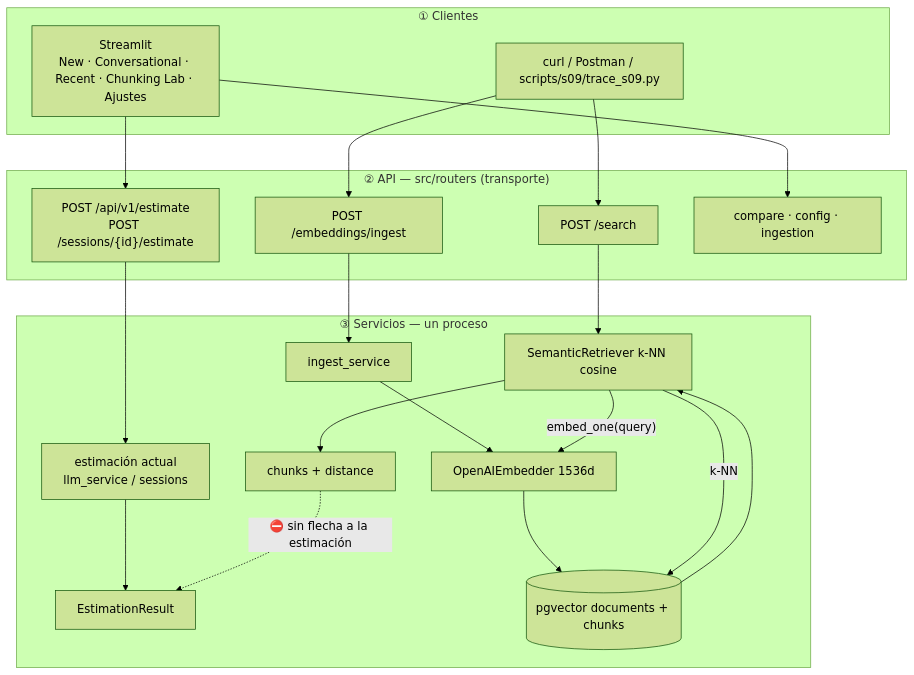
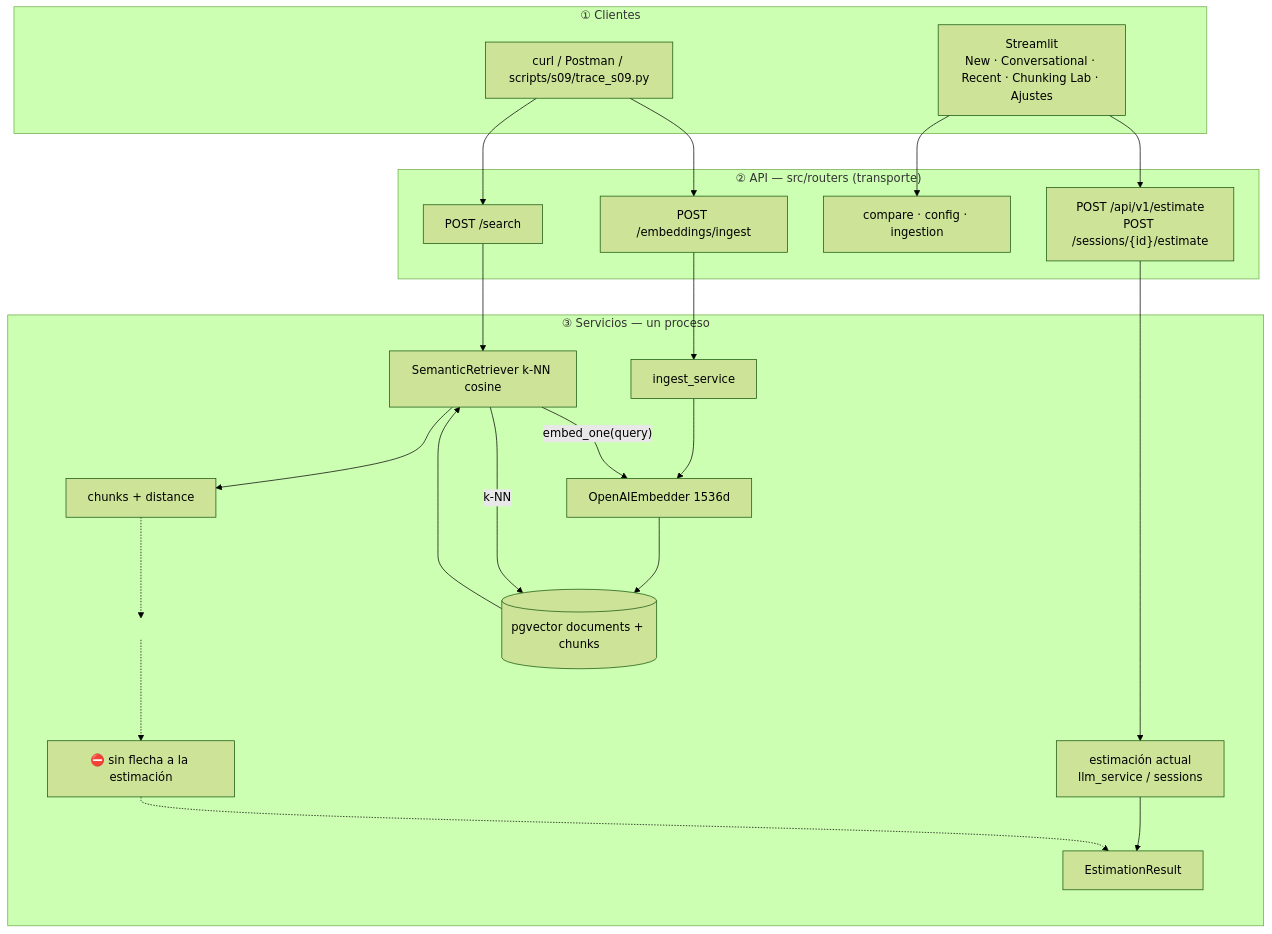
The diagram in estimador-cag/docs/pre_sesion9_plan.md (morales4dev/ai-engineering), drawn with Mermaid (forest theme) before and after one commit. The commit also changed other lines of this file and 1 other file, not shown here.

````diff
--- a/estimador-cag/docs/pre_sesion9_plan.md
+++ b/estimador-cag/docs/pre_sesion9_plan.md
@@ -53,35 +56,61 @@
 ```mermaid
 flowchart TB
     subgraph CLIENTS["① Clientes"]
+        ClientsW1["estimación actual · llm_service / sessions"]
+        ClientsW2["SemanticRetriever k-NN cosine"]
         UI["Streamlit<br/>New · Conversational · Recent · Chunking Lab · Ajustes"]
         HTTP["curl / Postman / scripts/s09/trace_s09.py"]
     end
 
     subgraph API["② API — src/routers (transporte)"]
         EpEst["POST /api/v1/estimate<br/>POST /sessions/{id}/estimate"]
-        EpSearch["POST /search"]
         EpIngest["POST /embeddings/ingest"]
         EpOther["compare · config · ingestion"]
+        EpSearch["POST /search"]
     end
 
     subgraph SVC["③ Servicios — un proceso"]
-        Est["estimación actual<br/>llm_service / sessions"]
-        Result["EstimationResult"]
-        Ingest["ingest_service"]
-        Embed["OpenAIEmbedder 1536d"]
-        Store[("pgvector documents + chunks")]
-        Retr["SemanticRetriever k-NN cosine"]
-        Chunks["chunks + distance"]
+        subgraph COL_EST[" "]
+            Est["estimación actual<br/>llm_service / sessions"]
+            Result["EstimationResult"]
+        end
+
+        subgraph COL_RAG[" "]
+            Ingest["ingest_service"]
+            Embed["OpenAIEmbedder 1536d"]
+            Retr["SemanticRetriever k-NN cosine"]
+            Store[("pgvector documents + chunks")]
+        end
+
+        subgraph COL_OUT[" "]
+            Chunks["chunks + distance"]
+        end
+
+        subgraph FLOOR[" "]
+            FloorNote["⛔ sin flecha a la estimación"]
+            FloorR[" "]
+        end
     end
 
     UI --> EpEst --> Est --> Result
     UI --> EpOther
     HTTP --> EpSearch --> Retr
     HTTP --> EpIngest --> Ingest
     Ingest --> Embed --> Store
     Retr -->|"embed_one(query)"| Embed
     Retr -->|"k-NN"| Store
-    Store --> Retr --> Chunks
+    Store --> Retr
+    Retr --> Chunks
 
-    Chunks -. "⛔ sin flecha a la estimación" .-> Result
+    Chunks -.-> FloorR
+    FloorR -.-> FloorNote
+    FloorNote -.-> Result
+
+    style COL_EST fill:none,stroke:none
+    style COL_RAG fill:none,stroke:none
+    style COL_OUT fill:none,stroke:none
+    style FLOOR fill:none,stroke:none
+    style FloorR fill:none,stroke:none,color:transparent
+    style ClientsW1 fill:none,stroke:none,color:transparent
+    style ClientsW2 fill:none,stroke:none,color:transparent
 ```
````
